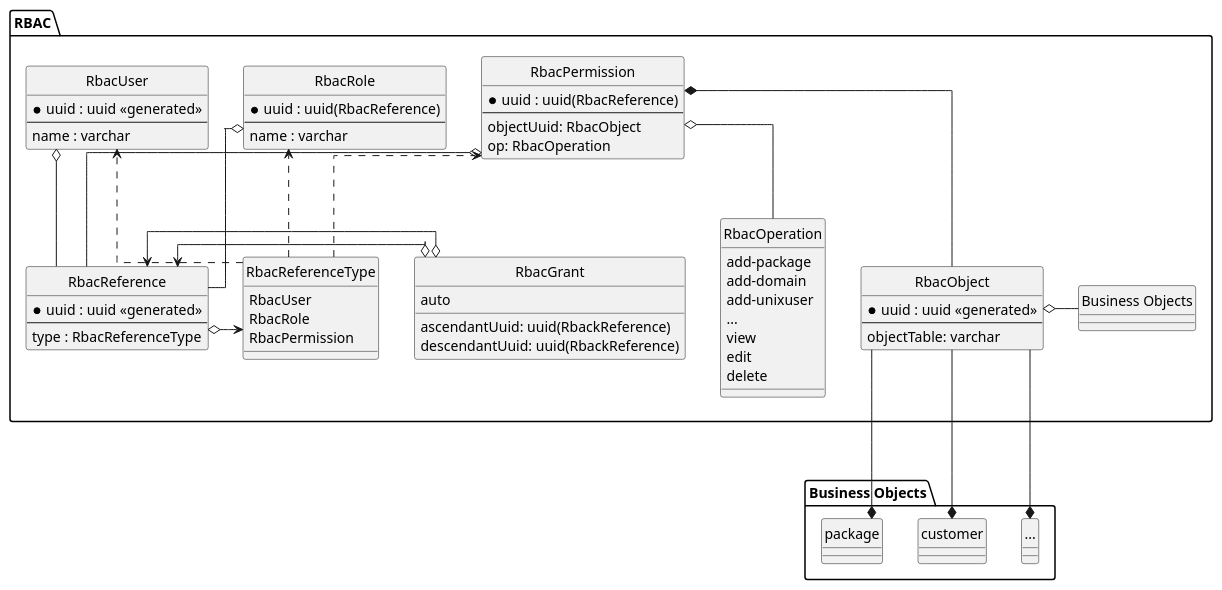
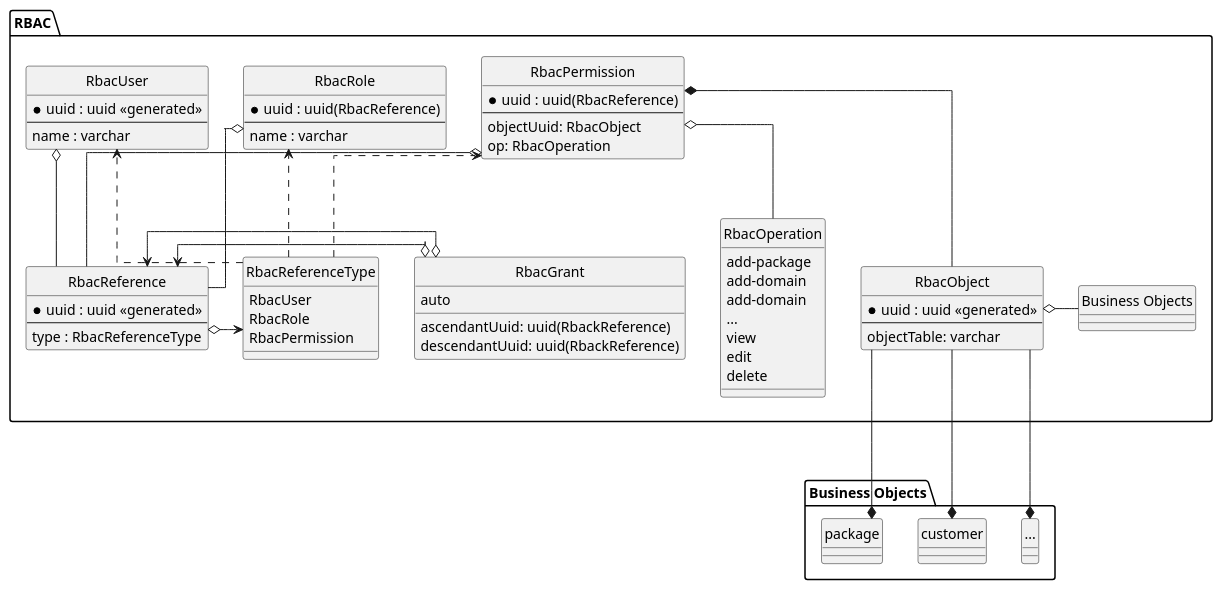
The first of 5 diagrams in doc/rbac.md (mhoennig/hs.hsadmin.ng), drawn with PlantUML before and after one commit. The commit also changed other lines of this file and 14 other files, not shown here.

Commit message:
replace unixuser test entities with domain

```diff
--- a/doc/rbac.md
+++ b/doc/rbac.md
@@ -103,7 +103,7 @@
     enum RbacOperation {
         add-package
         add-domain
-        add-unixuser
+        add-domain
         ...
         view
         edit
```
